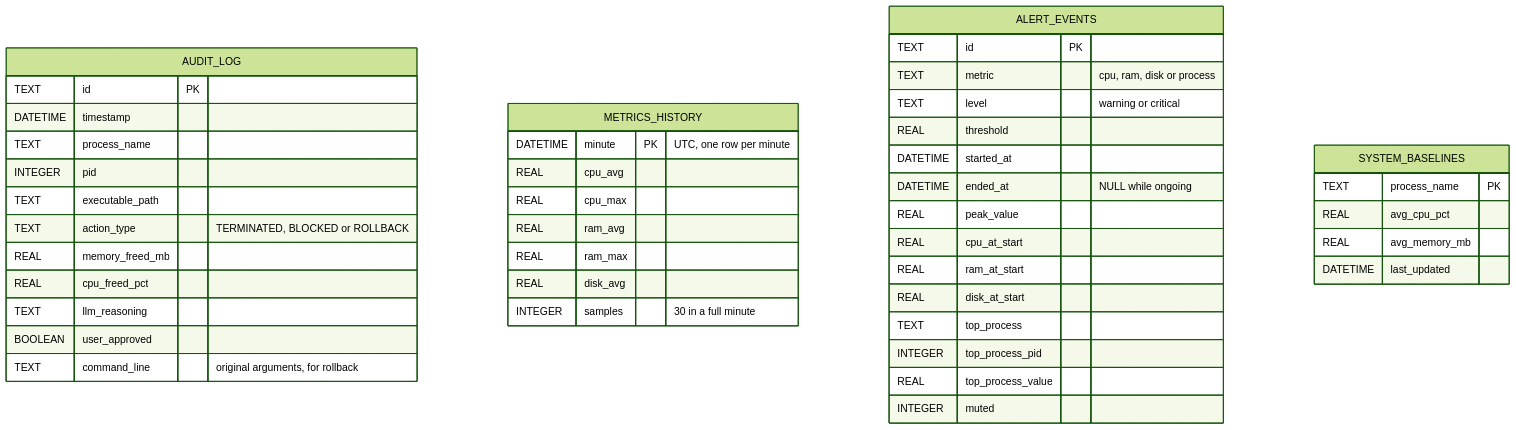
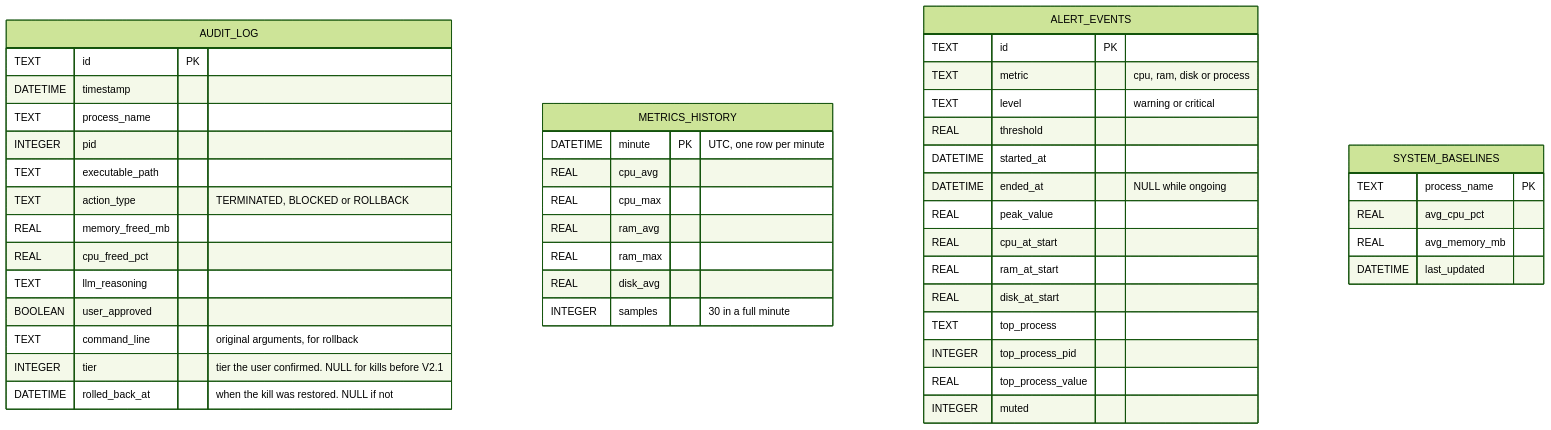
The fifth of 7 diagrams in README.md (Rahul-8283/KavanMCP), drawn with Mermaid (forest theme) before and after one commit. The commit also changed other lines of this file and 1 other file, not shown here.

````diff
--- a/README.md
+++ b/README.md
@@ -220,50 +220,52 @@
 ```mermaid
 erDiagram
     AUDIT_LOG {
         TEXT id PK
         DATETIME timestamp
         TEXT process_name
         INTEGER pid
         TEXT executable_path
         TEXT action_type "TERMINATED, BLOCKED or ROLLBACK"
         REAL memory_freed_mb
         REAL cpu_freed_pct
         TEXT llm_reasoning
         BOOLEAN user_approved
         TEXT command_line "original arguments, for rollback"
+        INTEGER tier "tier the user confirmed. NULL for kills before V2.1"
+        DATETIME rolled_back_at "when the kill was restored. NULL if not"
     }
 
     METRICS_HISTORY {
         DATETIME minute PK "UTC, one row per minute"
         REAL cpu_avg
         REAL cpu_max
         REAL ram_avg
         REAL ram_max
         REAL disk_avg
         INTEGER samples "30 in a full minute"
     }
 
     ALERT_EVENTS {
         TEXT id PK
         TEXT metric "cpu, ram, disk or process"
         TEXT level "warning or critical"
         REAL threshold
         DATETIME started_at
         DATETIME ended_at "NULL while ongoing"
         REAL peak_value
         REAL cpu_at_start
         REAL ram_at_start
         REAL disk_at_start
         TEXT top_process
         INTEGER top_process_pid
         REAL top_process_value
         INTEGER muted
     }
 
     SYSTEM_BASELINES {
         TEXT process_name PK
         REAL avg_cpu_pct
         REAL avg_memory_mb
         DATETIME last_updated
     }
 ```
````
